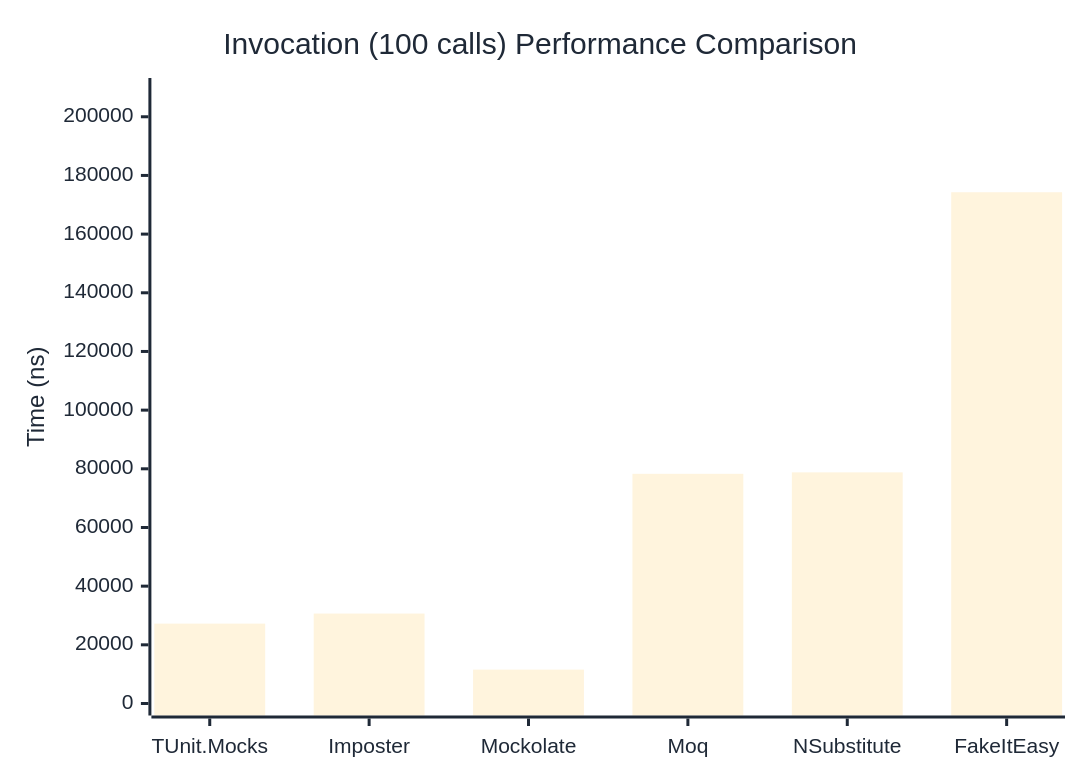
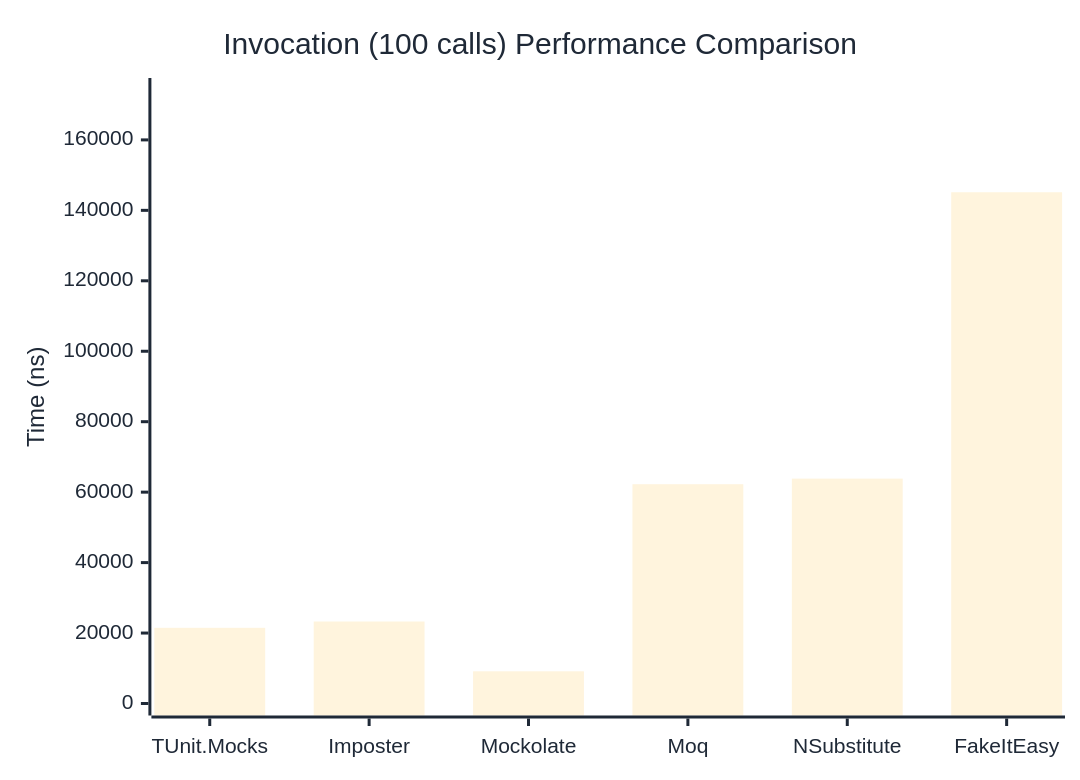
One commit to thomhurst/TUnit changed the third of 3 diagrams in docs/docs/benchmarks/mocks/Invocation.md. Above: the diagram before and after it, drawn with Mermaid. The commit also changed other lines of this file and 14 other files, not shown here.

````diff
--- a/docs/docs/benchmarks/mocks/Invocation.md
+++ b/docs/docs/benchmarks/mocks/Invocation.md
@@ -112,27 +112,27 @@
 ```mermaid
 %%{init: {
   'theme':'base',
   'themeVariables': {
     'primaryColor': '#2563eb',
     'primaryTextColor': '#1f2937',
     'primaryBorderColor': '#1e40af',
     'lineColor': '#6b7280',
     'secondaryColor': '#7c3aed',
     'tertiaryColor': '#dc2626',
     'background': '#ffffff',
     'pie1': '#2563eb',
     'pie2': '#7c3aed',
     'pie3': '#dc2626',
     'pie4': '#f59e0b',
     'pie5': '#10b981',
     'pie6': '#06b6d4',
     'pie7': '#ec4899',
     'pie8': '#6366f1'
   }
 }}%%
 xychart-beta
   title "Invocation (100 calls) Performance Comparison"
   x-axis ["TUnit.Mocks", "Imposter", "Mockolate", "Moq", "NSubstitute", "FakeItEasy"]
-  y-axis "Time (ns)" 0 --> 209123
-  bar [27230.9, 30655.85, 11547.82, 78291.98, 78791.9, 174269.11]
+  y-axis "Time (ns)" 0 --> 174166
+  bar [21480.79, 23277.23, 9136.16, 62248.77, 63845.01, 145137.77]
 ```
````
